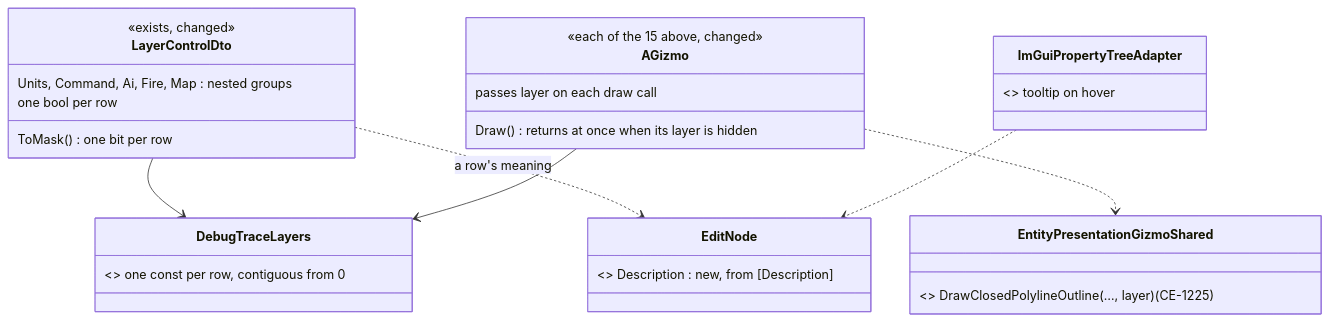
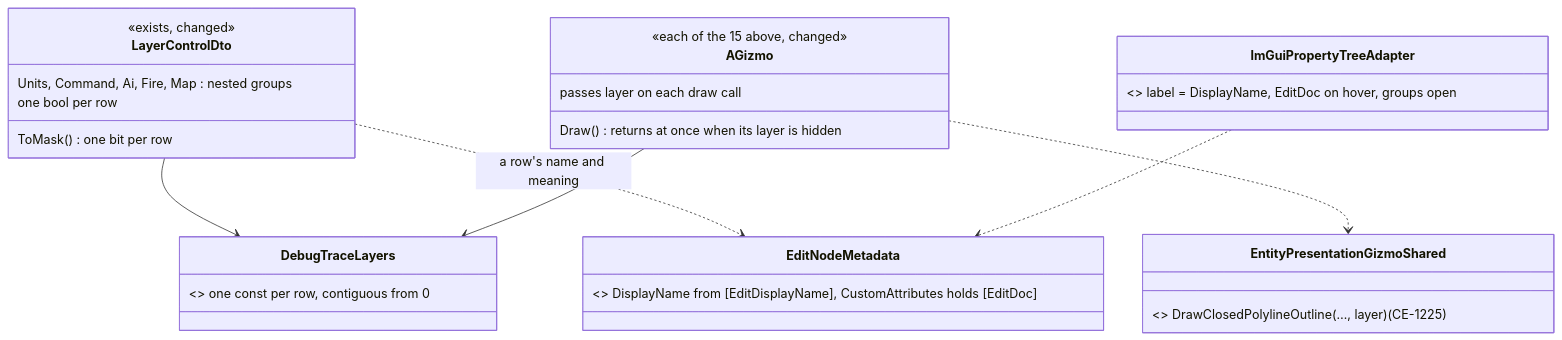
Diagram 21 of 24 in docs/DESIGN_Terrain_Combat_Tuning.md (pjanec/HROT), drawn with Mermaid before and after one commit. The commit also changed other lines of this file and 11 other files, not shown here.

````diff
--- a/docs/DESIGN_Terrain_Combat_Tuning.md
+++ b/docs/DESIGN_Terrain_Combat_Tuning.md
@@ -971,23 +971,23 @@
 ```mermaid
 classDiagram
   class DebugTraceLayers { <<exists, changed>> one const per row, contiguous from 0 }
   class LayerControlDto {
     <<exists, changed>>
     Units, Command, Ai, Fire, Map : nested groups
     one bool per row
     ToMask() one bit per row
   }
   class AGizmo {
     <<each of the 15 above, changed>>
     Draw() returns at once when its layer is hidden
     passes layer on each draw call
   }
   class EntityPresentationGizmoShared { <<exists>> DrawClosedPolylineOutline(…, layer) (CE-1225) }
-  class EditNode { <<StructEdit, changed>> Description : new, from [Description] }
-  class ImGuiPropertyTreeAdapter { <<exists, changed>> tooltip on hover }
+  class EditNodeMetadata { <<StructEdit, exists>> DisplayName from [EditDisplayName], CustomAttributes holds [EditDoc] }
+  class ImGuiPropertyTreeAdapter { <<exists, changed>> label = DisplayName, EditDoc on hover, groups open }
   LayerControlDto --> DebugTraceLayers
   AGizmo --> DebugTraceLayers
   AGizmo ..> EntityPresentationGizmoShared
-  LayerControlDto ..> EditNode : a row's meaning
-  ImGuiPropertyTreeAdapter ..> EditNode
+  LayerControlDto ..> EditNodeMetadata : a row's name and meaning
+  ImGuiPropertyTreeAdapter ..> EditNodeMetadata
 ```
````
